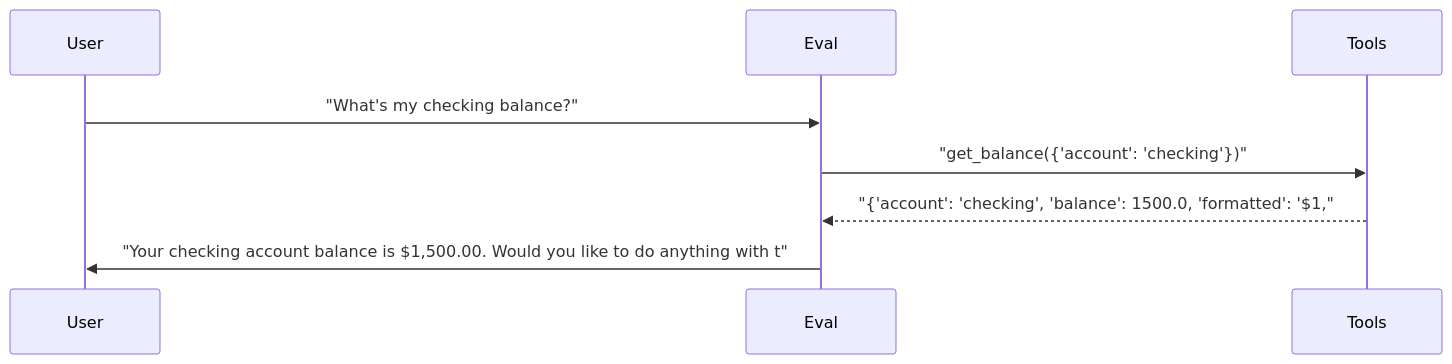
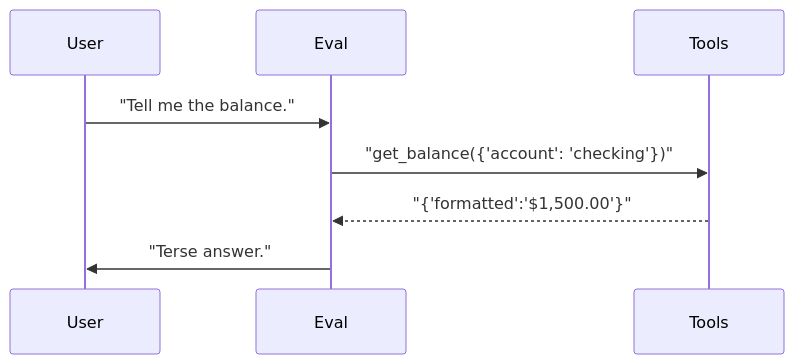
One commit to sbroenne/pytest-skill-engineering changed the second of 2 diagrams in docs/reports/09_ab_servers.md. Above: the diagram before and after it, drawn with Mermaid. The commit also changed other lines of this file and 137 other files, not shown here.

````diff
--- a/docs/reports/09_ab_servers.md
+++ b/docs/reports/09_ab_servers.md
@@ -157,11 +92,11 @@
 ```mermaid
 sequenceDiagram
     participant User
     participant Eval
     participant Tools
 
-    User->>Eval: "What's my checking balance?"
+    User->>Eval: "Tell me the balance."
     Eval->>Tools: "get_balance({'account': 'checking'})"
-    Tools-->>Eval: "{'account': 'checking', 'balance': 1500.0, 'formatted': '$1,"
-    Eval->>User: "Your checking account balance is $1,500.00. Would you like to do anything with t"
+    Tools-->>Eval: "{'formatted':'$1,500.00'}"
+    Eval->>User: "Terse answer."
 ```
````
